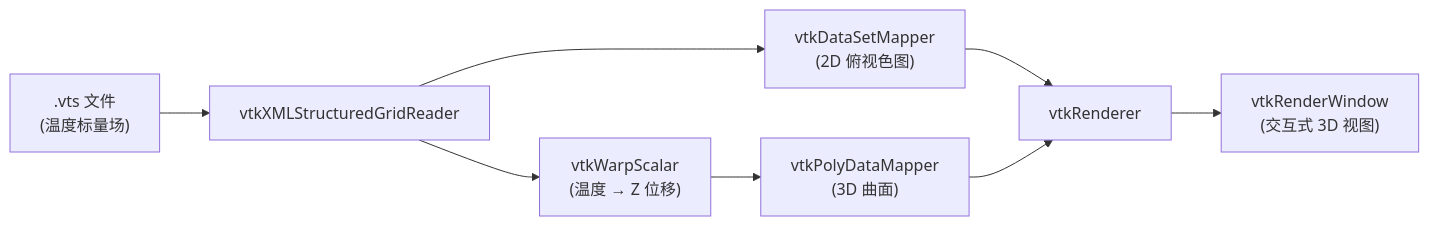
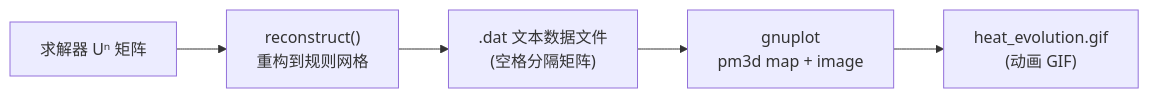
Before and after one commit to Marconik/WaveletFEM: the second of 2 diagrams in README.md, drawn with Mermaid. The commit also changed other lines of this file, not shown here.

````diff
--- a/README.md
+++ b/README.md
@@ -581,10 +581,7 @@
 ```mermaid
 graph LR
-    A[".vts 文件<br>(温度标量场)"] --> B["vtkXMLStructuredGridReader"]
-    B --> C["vtkWarpScalar<br>(温度 → Z 位移)"]
-    B --> D["vtkDataSetMapper<br>(2D 俯视色图)"]
-    C --> E["vtkPolyDataMapper<br>(3D 曲面)"]
-    D --> F["vtkRenderer"]
-    E --> F
-    F --> G["vtkRenderWindow<br>(交互式 3D 视图)"]
+    A["求解器 Uⁿ 矩阵"] --> B["reconstruct()<br>重构到规则网格"]
+    B --> C[".dat 文本数据文件<br>(空格分隔矩阵)"]
+    C --> D["gnuplot<br>pm3d map + image"]
+    D --> E["heat_evolution.gif<br>(动画 GIF)"]
 ```
````
